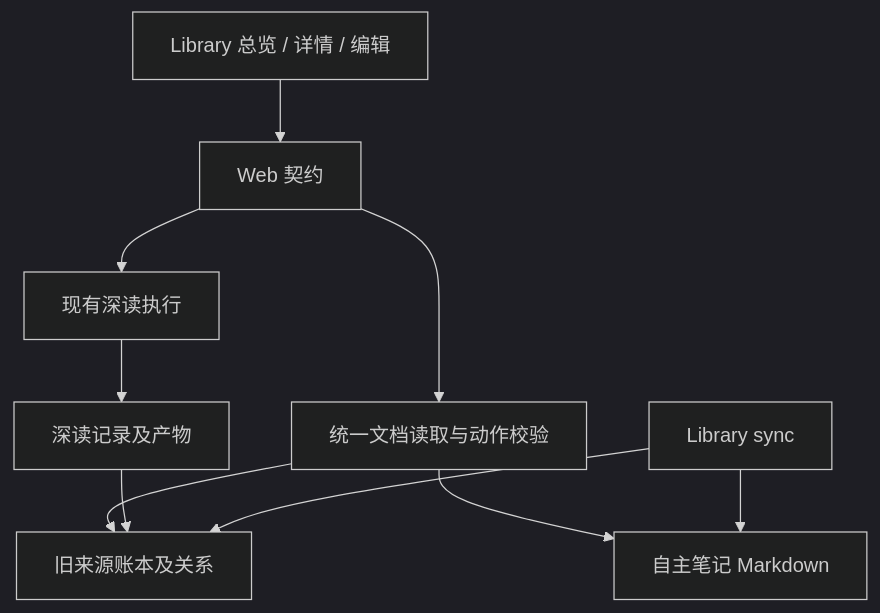
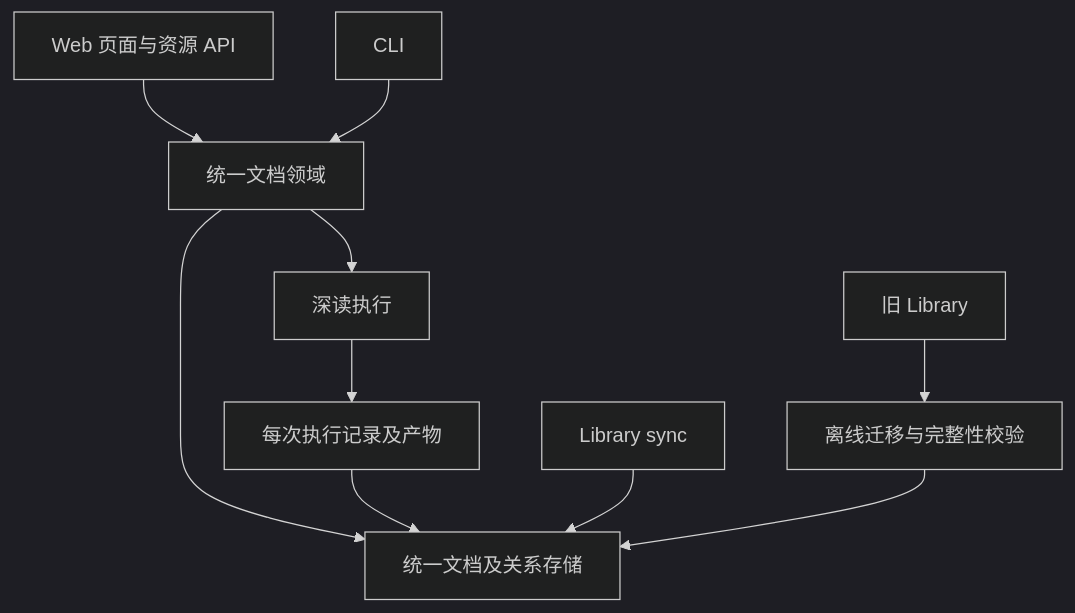
Before and after one commit to xforce-io/researcher: the diagram in docs/design/186-standalone-notes.md, drawn with Mermaid (dark theme). The commit also changed other lines of this file and 1 other file, not shown here.

````diff
--- a/docs/design/186-standalone-notes.md
+++ b/docs/design/186-standalone-notes.md
@@ -103,12 +105,12 @@
 ```mermaid
 flowchart TD
-    UI[Library 总览 / 详情 / 编辑] --> HTTP[Web 契约]
-    HTTP --> DOC[统一文档读取与动作校验]
-    DOC --> OLD[旧来源账本及关系]
-    DOC --> NOTE[自主笔记 Markdown]
-    HTTP --> READ[现有深读执行]
-    READ --> RR[深读记录及产物]
-    RR --> OLD
-    SYNC[Library sync] --> OLD
-    SYNC --> NOTE
+    WEB[Web 页面与资源 API] --> DOC[统一文档领域]
+    CLI[CLI] --> DOC
+    DOC --> STORE[统一文档及关系存储]
+    DOC --> READ[深读执行]
+    READ --> RECORD[每次执行记录及产物]
+    RECORD --> STORE
+    SYNC[Library sync] --> STORE
+    OLD[旧 Library] --> MIGRATE[离线迁移与完整性校验]
+    MIGRATE --> STORE
 ```
````
